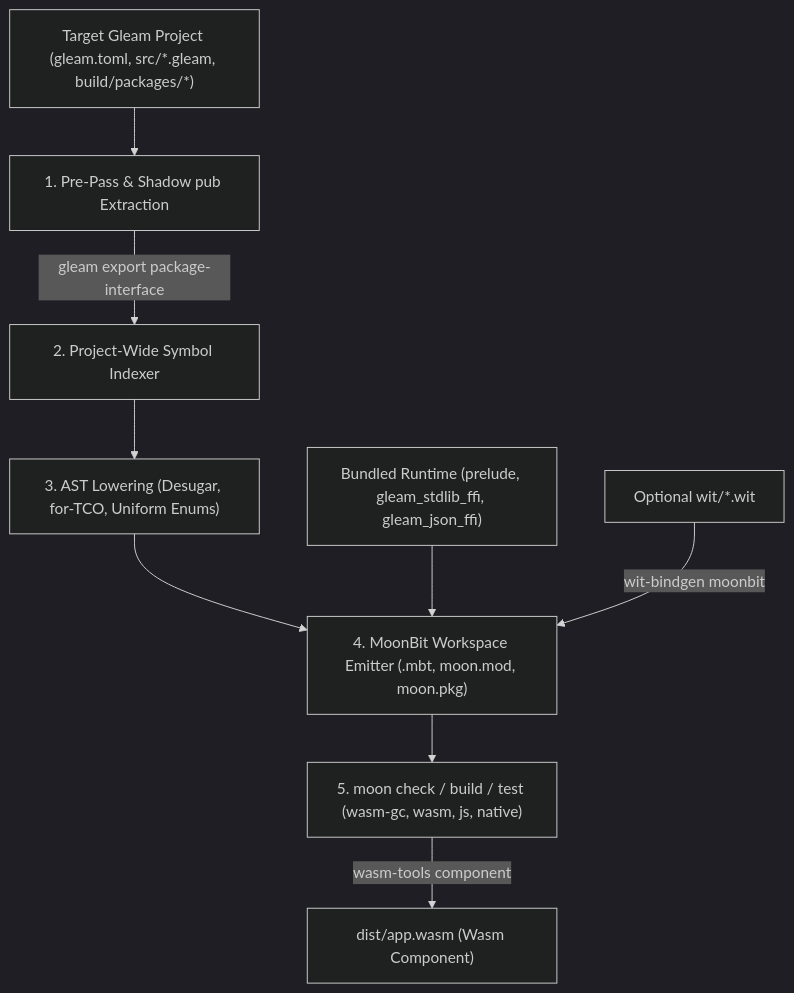
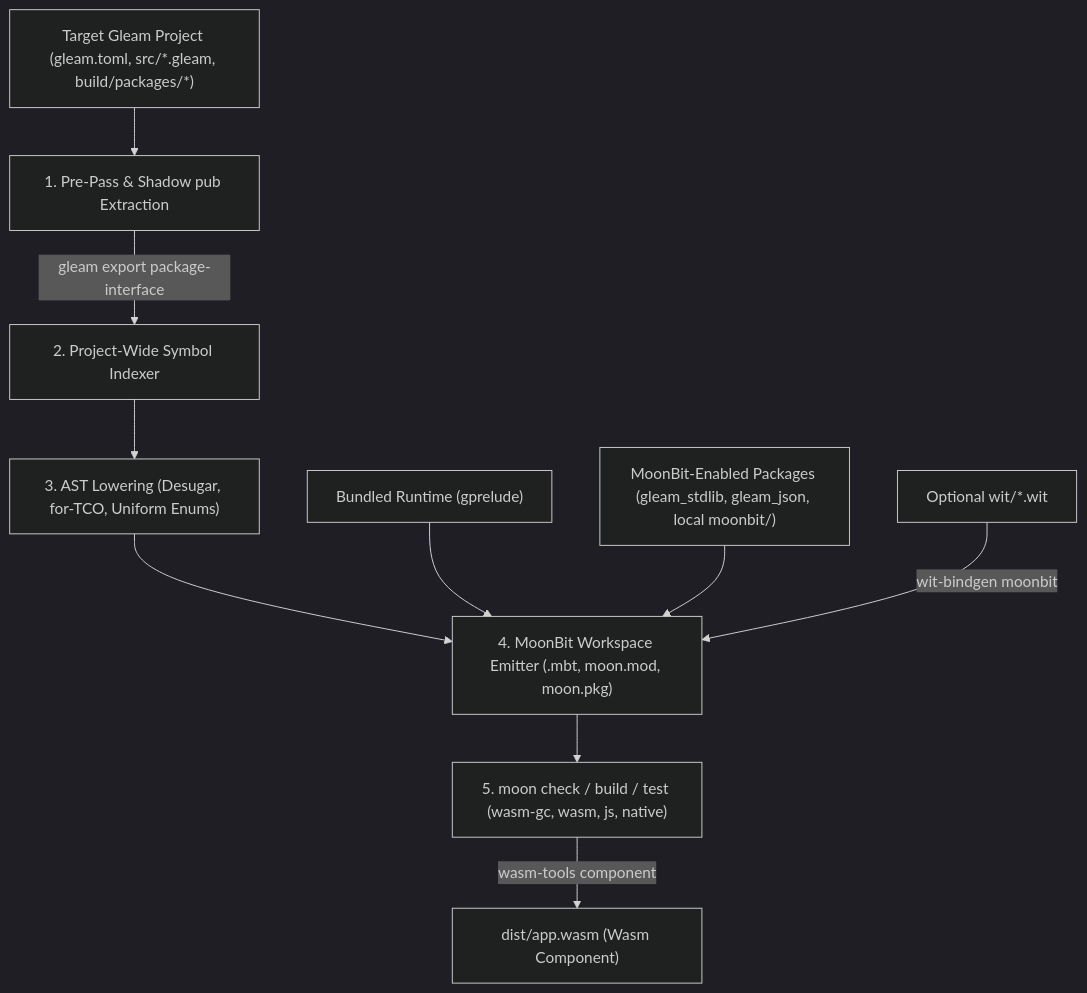
The diagram in README.md (gudetimes1234/gekko), drawn with Mermaid (dark theme) before and after one commit. The commit also changed other lines of this file, not shown here.

Commit message:
docs: document MoonBit stdlib/json forks and gleam.toml setup

````diff
--- a/README.md
+++ b/README.md
@@ -20,11 +20,12 @@
 ```mermaid
 flowchart TD
     src["Target Gleam Project (gleam.toml, src/*.gleam, build/packages/*)"] --> prepass["1. Pre-Pass & Shadow pub Extraction"]
     prepass -->|"gleam export package-interface"| index["2. Project-Wide Symbol Indexer"]
     index --> lower["3. AST Lowering (Desugar, for-TCO, Uniform Enums)"]
     lower --> emit["4. MoonBit Workspace Emitter (.mbt, moon.mod, moon.pkg)"]
-    runtime["Bundled Runtime (prelude, gleam_stdlib_ffi, gleam_json_ffi)"] --> emit
+    runtime["Bundled Runtime (gprelude)"] --> emit
+    pkgs["MoonBit-Enabled Packages (gleam_stdlib, gleam_json, local moonbit/)"] --> emit
     emit --> moon["5. moon check / build / test (wasm-gc, wasm, js, native)"]
     wit["Optional wit/*.wit"] -->|"wit-bindgen moonbit"| emit
     moon -->|"wasm-tools component"| comp["dist/app.wasm (Wasm Component)"]
 ```
````
